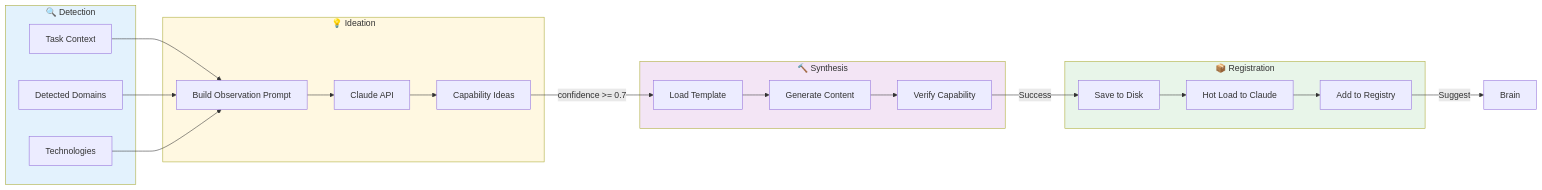
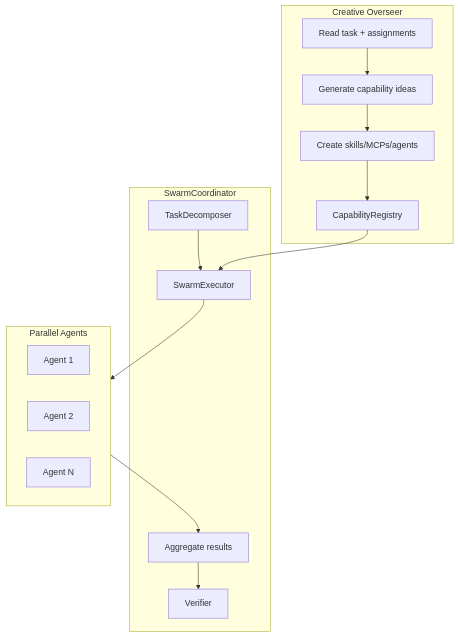
The third of 5 diagrams in docs/architecture/flowchart.md (perrywinkle1/gogo-gadget), drawn with Mermaid before and after one commit. The commit also changed other lines of this file and 1 other file, not shown here.

Commit message:
Expand README rationale and flowcharts

````diff
--- a/docs/architecture/flowchart.md
+++ b/docs/architecture/flowchart.md
@@ -177,44 +63,26 @@
 ```mermaid
-flowchart LR
-    subgraph Detection["🔍 Detection"]
-        Context[Task Context]
-        Domains[Detected Domains]
-        Tech[Technologies]
+flowchart TB
+    subgraph Brain[SwarmCoordinator]
+        Decompose[TaskDecomposer]
+        Execute[SwarmExecutor]
+        Aggregate[Aggregate results]
+        Verify[Verifier]
     end
 
-    subgraph Ideation["💡 Ideation"]
-        Prompt[Build Observation Prompt]
-        Claude[Claude API]
-        Ideas[Capability Ideas]
+    subgraph Agents[Parallel Agents]
+        A1[Agent 1]
+        A2[Agent 2]
+        A3[Agent N]
     end
 
-    subgraph Synthesis["🔨 Synthesis"]
-        Template[Load Template]
-        Generate[Generate Content]
-        Verify[Verify Capability]
+    subgraph Overseer[Creative Overseer]
+        Observe[Read task + assignments]
+        Brainstorm[Generate capability ideas]
+        Synthesize[Create skills/MCPs/agents]
+        Register[CapabilityRegistry]
     end
 
-    subgraph Registration["📦 Registration"]
-        Save[Save to Disk]
-        HotLoad[Hot Load to Claude]
-        Register[Add to Registry]
-    end
-
-    Context --> Prompt
-    Domains --> Prompt
-    Tech --> Prompt
-    Prompt --> Claude
-    Claude --> Ideas
-    Ideas --> |confidence >= 0.7| Template
-    Template --> Generate
-    Generate --> Verify
-    Verify --> |Success| Save
-    Save --> HotLoad
-    HotLoad --> Register
-    Register --> |Suggest| Brain
-
-    style Detection fill:#e3f2fd
-    style Ideation fill:#fff8e1
-    style Synthesis fill:#f3e5f5
-    style Registration fill:#e8f5e9
+    Decompose --> Execute --> Agents --> Aggregate --> Verify
+    Observe --> Brainstorm --> Synthesize --> Register
+    Register --> Execute
 ```
````
